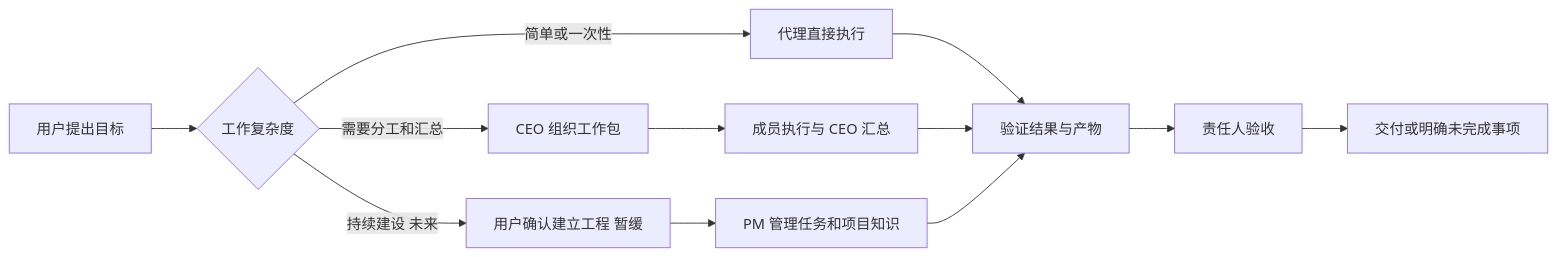
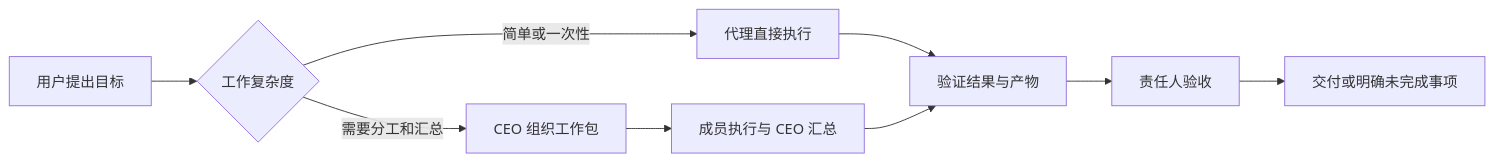
Before and after one commit to liu629711-spec/Magic: the fourth of 5 diagrams in docs/01-产品/PRD-01-Magic产品总览.md, drawn with Mermaid. The commit also changed other lines of this file and 24 other files, not shown here.

Commit message:
docs: reorganize for own-client phase; add own-client architecture doc (09); drop PRD-03/engineering docs

````diff
--- a/docs/01-产品/PRD-01-Magic产品总览.md
+++ b/docs/01-产品/PRD-01-Magic产品总览.md
@@ -148,14 +150,11 @@
 ```mermaid
 flowchart LR
   A[用户提出目标] --> B{工作复杂度}
   B -->|简单或一次性| C[代理直接执行]
   B -->|需要分工和汇总| D[CEO 组织工作包]
-  B -->|持续建设 未来| E[用户确认建立工程 暂缓]
   C --> F[验证结果与产物]
   D --> G[成员执行与 CEO 汇总]
-  E --> H[PM 管理任务和项目知识]
   G --> F
-  H --> F
   F --> I[责任人验收]
   I --> J[交付或明确未完成事项]
 ```
````
